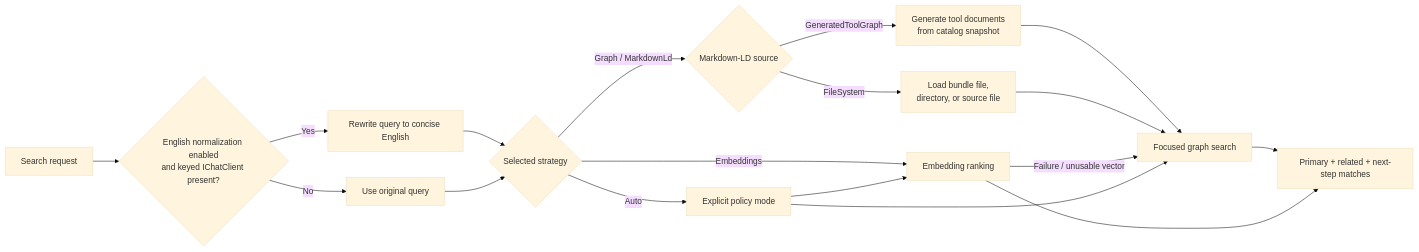
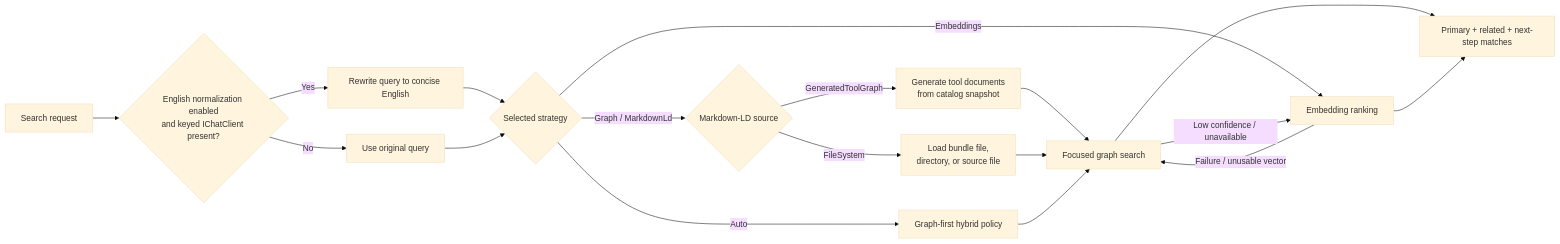
The diagram in docs/Features/SearchQueryNormalizationAndRanking.md (managedcode/MCPGateway), drawn with Mermaid (base theme) before and after one commit. The commit also changed other lines of this file and 15 other files, not shown here.

````diff
--- a/docs/Features/SearchQueryNormalizationAndRanking.md
+++ b/docs/Features/SearchQueryNormalizationAndRanking.md
@@ -51,20 +55,20 @@
 ```mermaid
 flowchart LR
     Request["Search request"] --> Normalize{"English normalization enabled\nand keyed IChatClient present?"}
     Normalize -->|Yes| Rewrite["Rewrite query to concise English"]
     Normalize -->|No| Original["Use original query"]
     Rewrite --> Strategy{"Selected strategy"}
     Original --> Strategy
     Strategy -->|Graph / MarkdownLd| GraphSource{"Markdown-LD source"}
     GraphSource -->|GeneratedToolGraph| Generated["Generate tool documents\nfrom catalog snapshot"]
     GraphSource -->|FileSystem| FileDocs["Load bundle file,\ndirectory, or source file"]
     Generated --> Graph["Focused graph search"]
     FileDocs --> Graph
     Strategy -->|Embeddings| Vector["Embedding ranking"]
-    Strategy -->|Auto| Policy["Explicit policy mode"]
+    Strategy -->|Auto| Policy["Graph-first hybrid policy"]
     Vector -->|Failure / unusable vector| Graph
     Policy --> Graph
-    Policy --> Vector
+    Graph -->|Low confidence / unavailable| Vector
     Graph --> Result["Primary + related + next-step matches"]
     Vector --> Result
 ```
````
